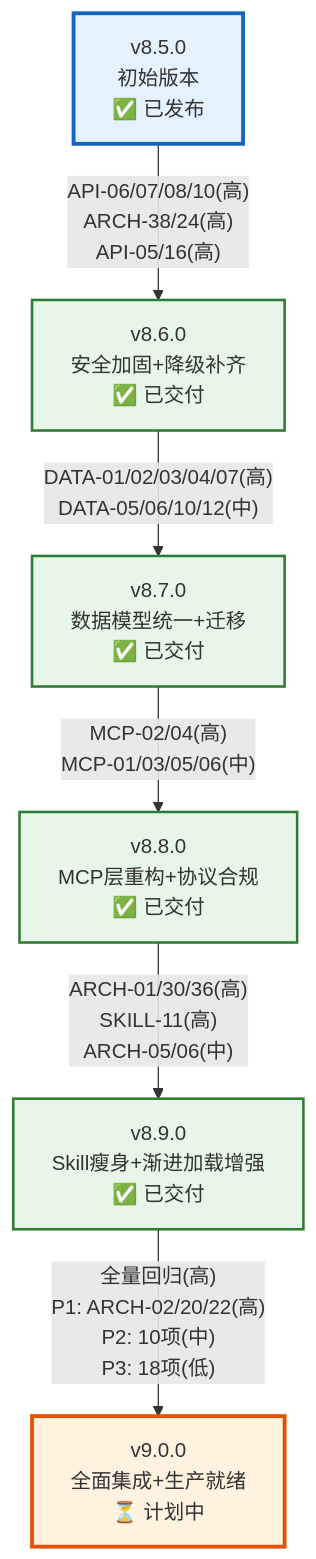
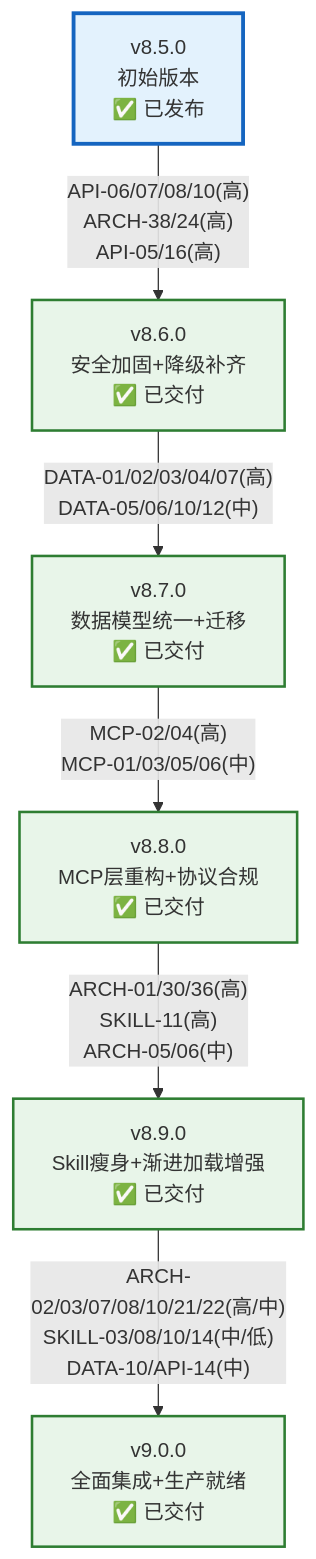
The second of 3 diagrams in docs/plan/v-l.md (xuanyuanchumo/xuansto), drawn with Mermaid before and after one commit. The commit also changed other lines of this file and 113 other files, not shown here.

````diff
--- a/docs/plan/v-l.md
+++ b/docs/plan/v-l.md
@@ -443,22 +458,22 @@
 ```mermaid
 flowchart TD
     V850["v8.5.0<br/>初始版本<br/>✅ 已发布"]
     V860["v8.6.0<br/>安全加固+降级补齐<br/>✅ 已交付"]
     V870["v8.7.0<br/>数据模型统一+迁移<br/>✅ 已交付"]
     V880["v8.8.0<br/>MCP层重构+协议合规<br/>✅ 已交付"]
     V890["v8.9.0<br/>Skill瘦身+渐进加载增强<br/>✅ 已交付"]
-    V900["v9.0.0<br/>全面集成+生产就绪<br/>⏳ 计划中"]
+    V900["v9.0.0<br/>全面集成+生产就绪<br/>✅ 已交付"]
 
     V850 -->|"API-06/07/08/10(高)<br/>ARCH-38/24(高)<br/>API-05/16(高)"| V860
     V860 -->|"DATA-01/02/03/04/07(高)<br/>DATA-05/06/10/12(中)"| V870
     V870 -->|"MCP-02/04(高)<br/>MCP-01/03/05/06(中)"| V880
     V880 -->|"ARCH-01/30/36(高)<br/>SKILL-11(高)<br/>ARCH-05/06(中)"| V890
-    V890 -->|"全量回归(高)<br/>P1: ARCH-02/20/22(高)<br/>P2: 10项(中)<br/>P3: 18项(低)"| V900
+    V890 -->|"ARCH-02/03/07/08/10/21/22(高/中)<br/>SKILL-03/08/10/14(中/低)<br/>DATA-10/API-14(中)"| V900
 
     style V850 fill:#e3f2fd,stroke:#1565c0,stroke-width:3px
     style V860 fill:#e8f5e9,stroke:#2e7d32,stroke-width:2px
     style V870 fill:#e8f5e9,stroke:#2e7d32,stroke-width:2px
     style V880 fill:#e8f5e9,stroke:#2e7d32,stroke-width:2px
     style V890 fill:#e8f5e9,stroke:#2e7d32,stroke-width:2px
-    style V900 fill:#fff3e0,stroke:#e65100,stroke-width:3px
+    style V900 fill:#e8f5e9,stroke:#2e7d32,stroke-width:2px
 ```
````
